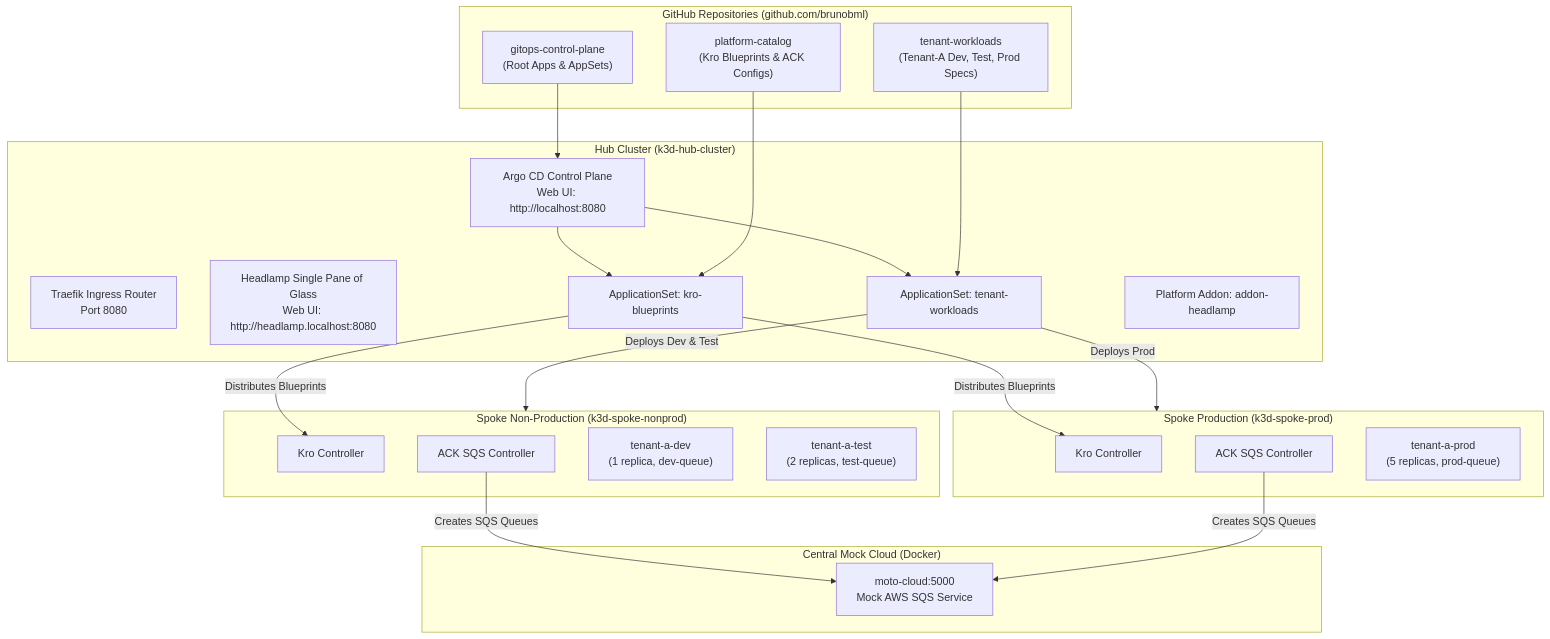
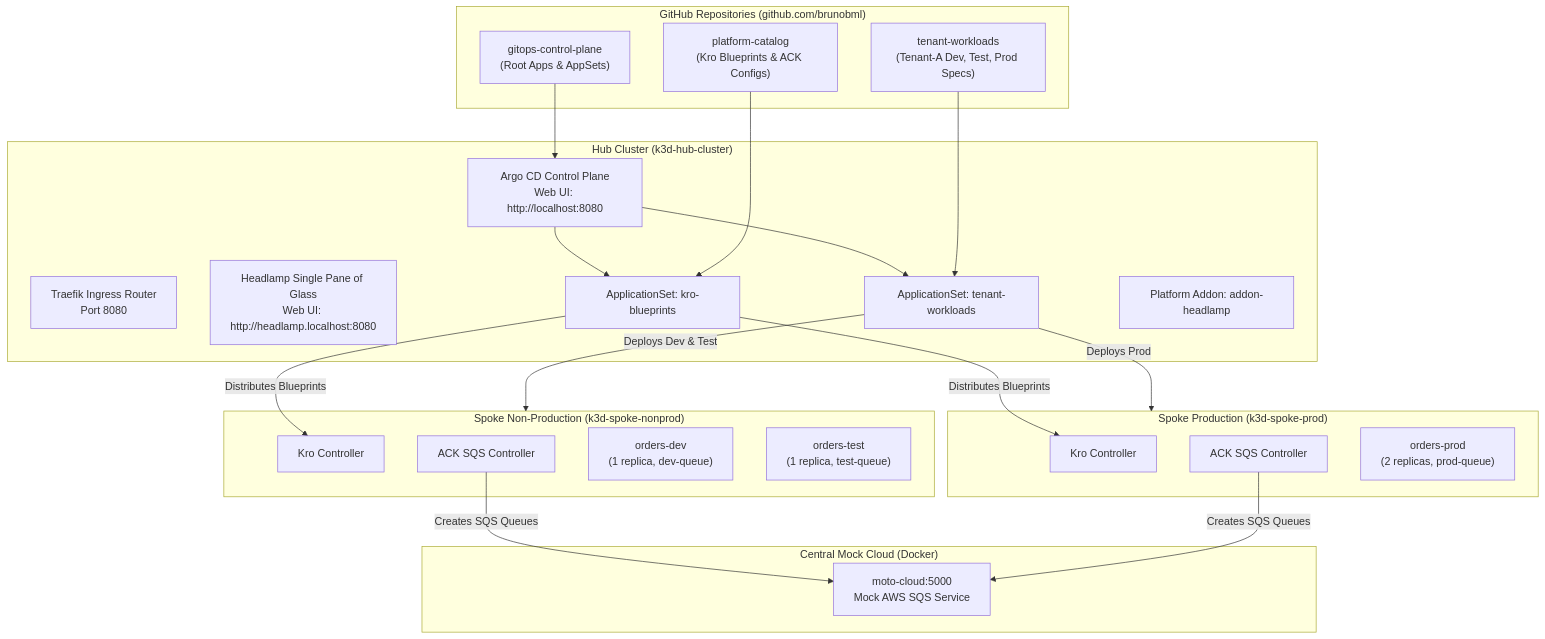
One commit to brunobml/gitops-control-plane changed the diagram in README.md. Above: the diagram before and after it, drawn with Mermaid. The commit also changed 7 other files, not shown here.

````diff
--- a/README.md
+++ b/README.md
@@ -9,49 +9,49 @@
 ```mermaid
 flowchart TD
     subgraph Repos["GitHub Repositories (github.com/brunobml)"]
         GCP["gitops-control-plane<br/>(Root Apps & AppSets)"]
         PC["platform-catalog<br/>(Kro Blueprints & ACK Configs)"]
         TW["tenant-workloads<br/>(Tenant-A Dev, Test, Prod Specs)"]
     end
 
     subgraph Hub["Hub Cluster (k3d-hub-cluster)"]
         Traefik["Traefik Ingress Router<br/>Port 8080"]
         ArgoCD["Argo CD Control Plane<br/>Web UI: http://localhost:8080"]
         Headlamp["Headlamp Single Pane of Glass<br/>Web UI: http://headlamp.localhost:8080"]
         AppSetBlueprints["ApplicationSet: kro-blueprints"]
         AppSetTenants["ApplicationSet: tenant-workloads"]
         AppAddons["Platform Addon: addon-headlamp"]
     end
 
     subgraph SpokeNonProd["Spoke Non-Production (k3d-spoke-nonprod)"]
         KroNP["Kro Controller"]
         AckNP["ACK SQS Controller"]
-        Dev["tenant-a-dev<br/>(1 replica, dev-queue)"]
-        Test["tenant-a-test<br/>(2 replicas, test-queue)"]
+        Dev["orders-dev<br/>(1 replica, dev-queue)"]
+        Test["orders-test<br/>(1 replica, test-queue)"]
     end
 
     subgraph SpokeProd["Spoke Production (k3d-spoke-prod)"]
         KroP["Kro Controller"]
         AckP["ACK SQS Controller"]
-        Prod["tenant-a-prod<br/>(5 replicas, prod-queue)"]
+        Prod["orders-prod<br/>(2 replicas, prod-queue)"]
     end
 
     subgraph Cloud["Central Mock Cloud (Docker)"]
         Moto["moto-cloud:5000<br/>Mock AWS SQS Service"]
     end
 
     GCP --> ArgoCD
     ArgoCD --> AppSetBlueprints
     ArgoCD --> AppSetTenants
     PC --> AppSetBlueprints
     TW --> AppSetTenants
 
     AppSetBlueprints -->|Distributes Blueprints| KroNP
     AppSetBlueprints -->|Distributes Blueprints| KroP
 
     AppSetTenants -->|Deploys Dev & Test| SpokeNonProd
     AppSetTenants -->|Deploys Prod| SpokeProd
 
     AckNP -->|Creates SQS Queues| Moto
     AckP -->|Creates SQS Queues| Moto
 ```
````
